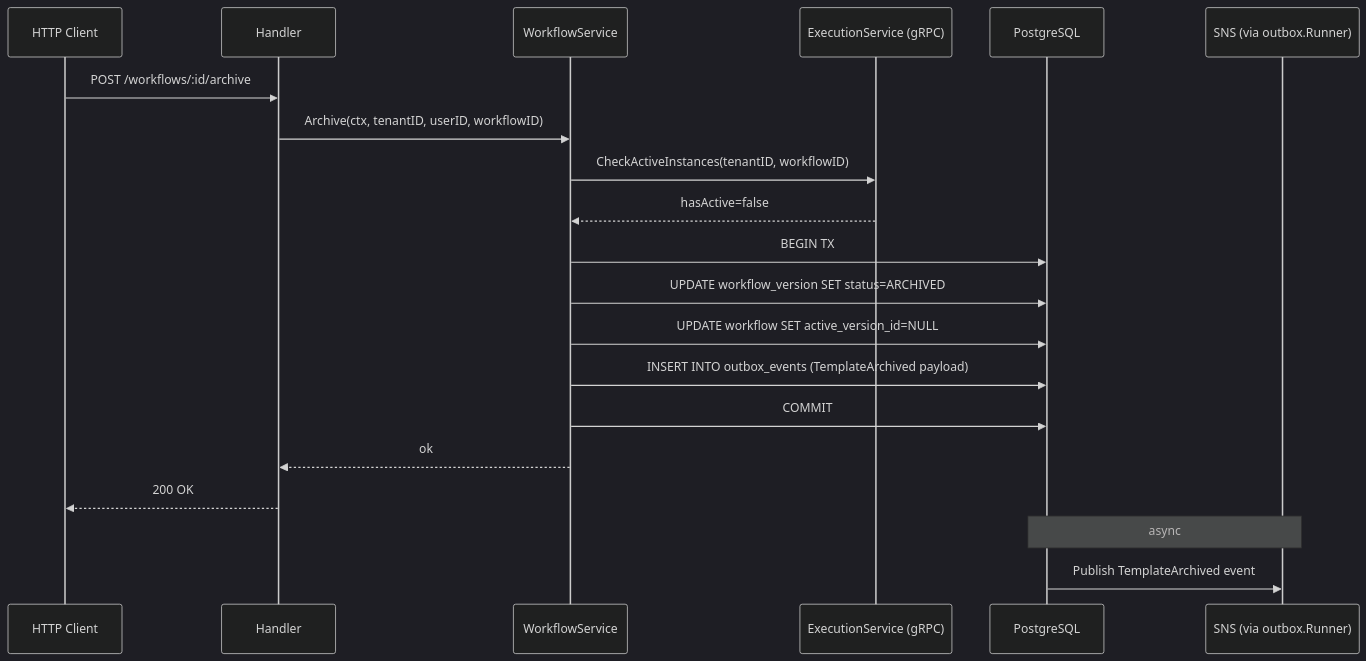
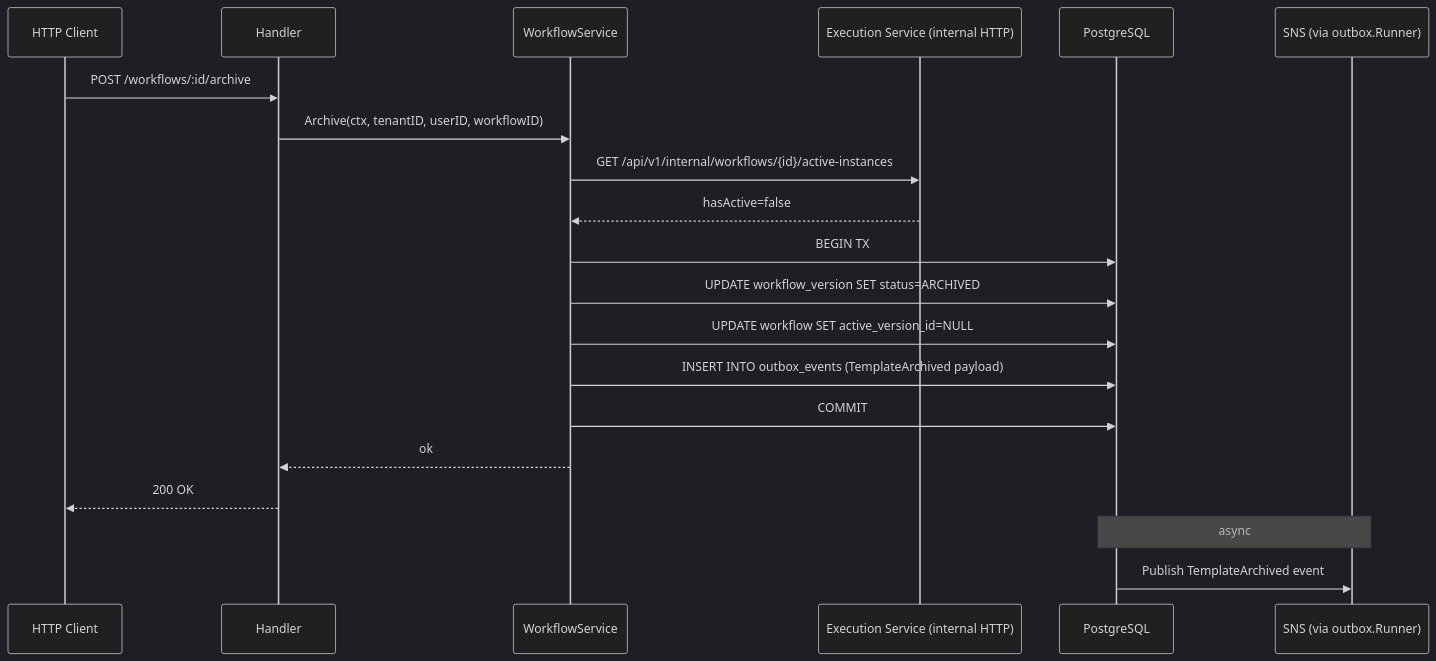
One commit to BCBP-SOLUTIONS-FZC-LLC/workflow-definition-service changed the diagram in docs/architecture/mermaid/archive-workflow-flow.mmd. Above: the diagram before and after it, drawn with Mermaid (dark theme). The commit also changed 17 other files, not shown here.

First line of the commit message:
wip: D-2 phase 6 — definition's docs describe the internal HTTP API

```diff
--- a/docs/architecture/mermaid/archive-workflow-flow.mmd
+++ b/docs/architecture/mermaid/archive-workflow-flow.mmd
@@ -1,22 +1,22 @@
 sequenceDiagram
     participant C as HTTP Client
     participant H as Handler
     participant S as WorkflowService
-    participant ES as ExecutionService (gRPC)
+    participant ES as Execution Service (internal HTTP)
     participant DB as PostgreSQL
     participant SNS as SNS (via outbox.Runner)
 
     C->>H: POST /workflows/:id/archive
     H->>S: Archive(ctx, tenantID, userID, workflowID)
-    S->>ES: CheckActiveInstances(tenantID, workflowID)
+    S->>ES: GET /api/v1/internal/workflows/{id}/active-instances
     ES-->>S: hasActive=false
     S->>DB: BEGIN TX
     S->>DB: UPDATE workflow_version SET status=ARCHIVED
     S->>DB: UPDATE workflow SET active_version_id=NULL
     S->>DB: INSERT INTO outbox_events (TemplateArchived payload)
     S->>DB: COMMIT
     S-->>H: ok
     H-->>C: 200 OK
 
     Note over DB,SNS: async
     DB->>SNS: Publish TemplateArchived event
```
